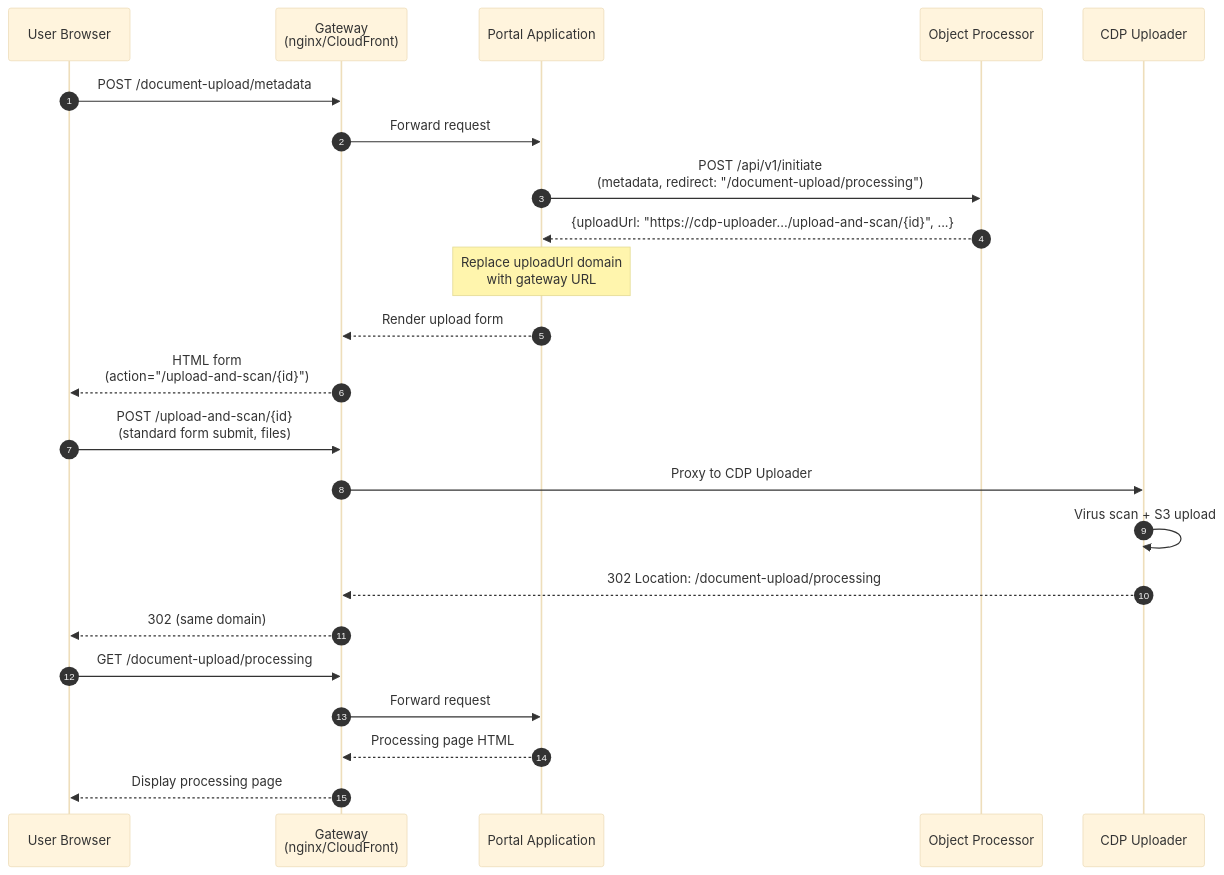
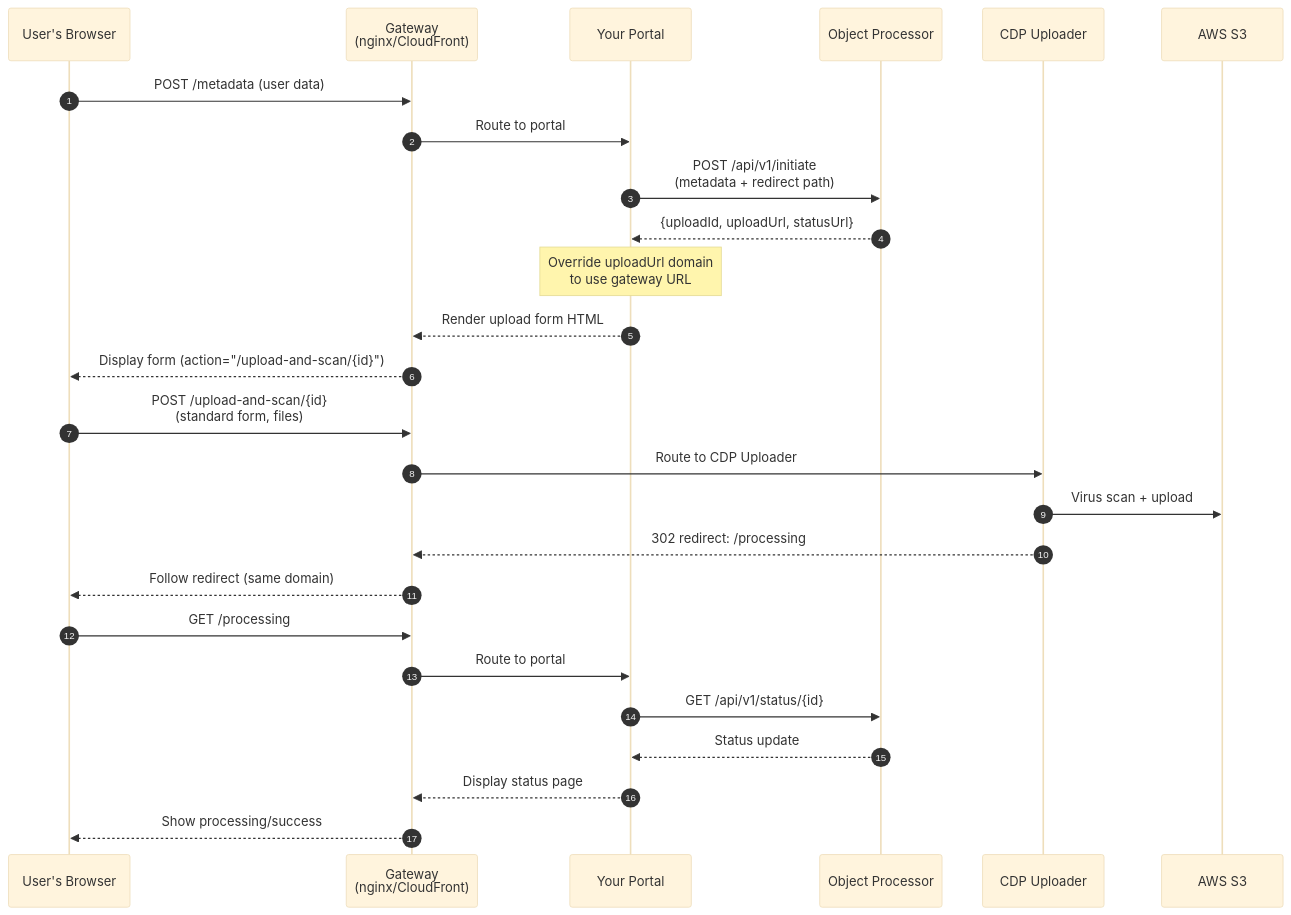
The first of 3 diagrams in README.md (DEFRA/fcp-sfd-portal-stub), drawn with Mermaid (base theme) before and after one commit. The commit also changed other lines of this file, not shown here.

````diff
--- a/README.md
+++ b/README.md
@@ -218,27 +146,31 @@
 ```mermaid
 sequenceDiagram
     autonumber
-    participant Browser as User Browser
+    participant Browser as User's Browser
     participant Gateway as Gateway<br/>(nginx/CloudFront)
-    participant Portal as Portal Application
+    participant Portal as Your Portal
     participant Processor as Object Processor
     participant Uploader as CDP Uploader
+    participant S3 as AWS S3
 
-    Browser->>Gateway: POST /document-upload/metadata
-    Gateway->>Portal: Forward request
-    Portal->>Processor: POST /api/v1/initiate<br/>(metadata, redirect: "/document-upload/processing")
-    Processor-->>Portal: {uploadUrl: "https://cdp-uploader.../upload-and-scan/{id}", ...}
-    Note over Portal: Replace uploadUrl domain<br/>with gateway URL
-    Portal-->>Gateway: Render upload form
-    Gateway-->>Browser: HTML form<br/>(action="/upload-and-scan/{id}")
+    Browser->>Gateway: POST /metadata (user data)
+    Gateway->>Portal: Route to portal
+    Portal->>Processor: POST /api/v1/initiate<br/>(metadata + redirect path)
+    Processor-->>Portal: {uploadId, uploadUrl, statusUrl}
+    Note over Portal: Override uploadUrl domain<br/>to use gateway URL
+    Portal-->>Gateway: Render upload form HTML
+    Gateway-->>Browser: Display form (action="/upload-and-scan/{id}")
     
-    Browser->>Gateway: POST /upload-and-scan/{id}<br/>(standard form submit, files)
-    Gateway->>Uploader: Proxy to CDP Uploader
-    Uploader->>Uploader: Virus scan + S3 upload
-    Uploader-->>Gateway: 302 Location: /document-upload/processing
-    Gateway-->>Browser: 302 (same domain)
-    Browser->>Gateway: GET /document-upload/processing
-    Gateway->>Portal: Forward request
-    Portal-->>Gateway: Processing page HTML
-    Gateway-->>Browser: Display processing page
+    Browser->>Gateway: POST /upload-and-scan/{id}<br/>(standard form, files)
+    Gateway->>Uploader: Route to CDP Uploader
+    Uploader->>S3: Virus scan + upload
+    Uploader-->>Gateway: 302 redirect: /processing
+    Gateway-->>Browser: Follow redirect (same domain)
+    
+    Browser->>Gateway: GET /processing
+    Gateway->>Portal: Route to portal
+    Portal->>Processor: GET /api/v1/status/{id}
+    Processor-->>Portal: Status update
+    Portal-->>Gateway: Display status page
+    Gateway-->>Browser: Show processing/success
 ```
````
